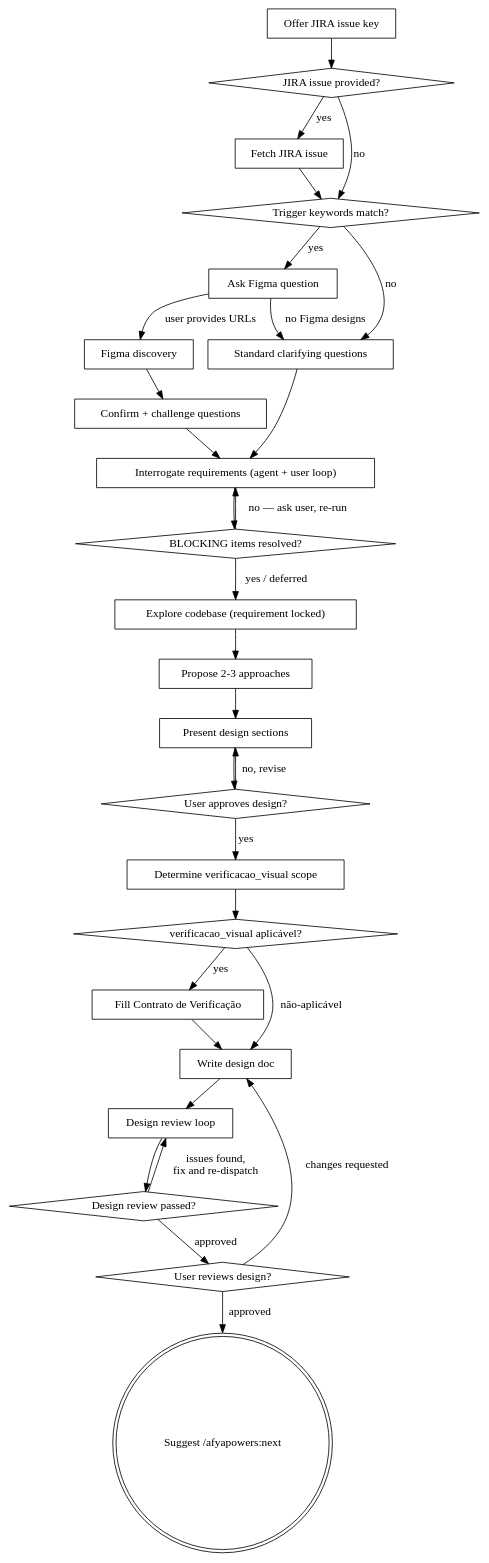
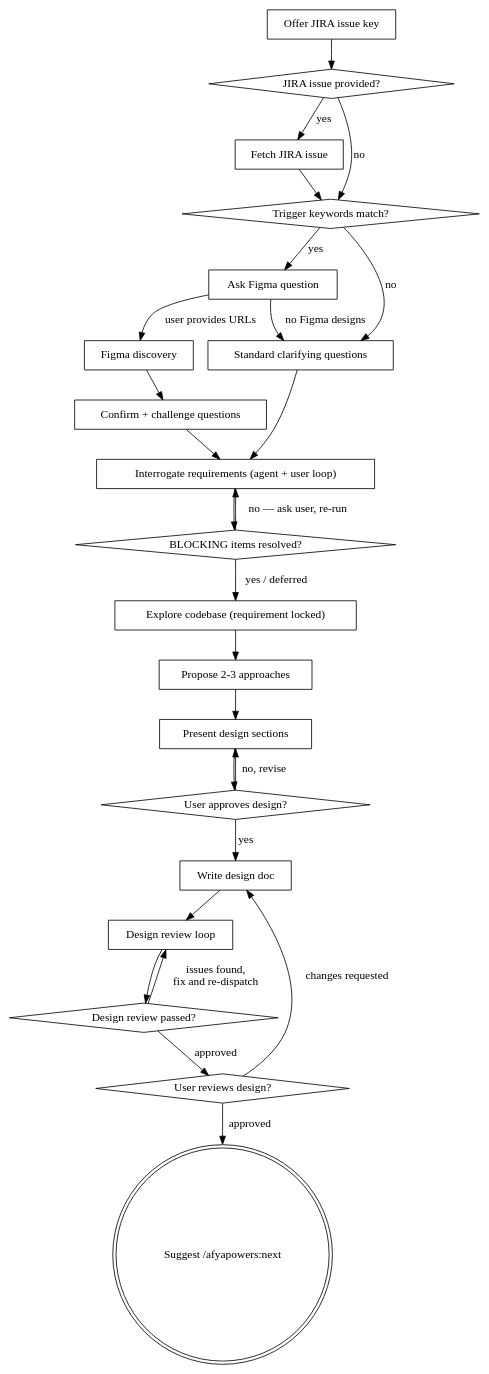
The diagram in dist/claude/skills/design/SKILL.md (iclinic/afyapowers), drawn with Graphviz before and after one commit. The commit also changed other lines of this file and 64 other files, not shown here.

````diff
--- a/dist/claude/skills/design/SKILL.md
+++ b/dist/claude/skills/design/SKILL.md
@@ -54,56 +54,49 @@
 ```dot
 digraph design {
     "Offer JIRA issue key" [shape=box];
     "JIRA issue provided?" [shape=diamond];
     "Fetch JIRA issue" [shape=box];
     "Trigger keywords match?" [shape=diamond];
     "Ask Figma question" [shape=box];
     "Figma discovery" [shape=box];
     "Confirm + challenge questions" [shape=box];
     "Standard clarifying questions" [shape=box];
     "Interrogate requirements (agent + user loop)" [shape=box];
     "BLOCKING items resolved?" [shape=diamond];
     "Explore codebase (requirement locked)" [shape=box];
     "Propose 2-3 approaches" [shape=box];
     "Present design sections" [shape=box];
     "User approves design?" [shape=diamond];
-    "Determine verificacao_visual scope" [shape=box];
-    "verificacao_visual aplicável?" [shape=diamond];
-    "Fill Contrato de Verificação" [shape=box];
     "Write design doc" [shape=box];
     "Design review loop" [shape=box];
     "Design review passed?" [shape=diamond];
     "User reviews design?" [shape=diamond];
     "Suggest /afyapowers:next" [shape=doublecircle];
 
     "Offer JIRA issue key" -> "JIRA issue provided?";
     "JIRA issue provided?" -> "Fetch JIRA issue" [label="yes"];
     "JIRA issue provided?" -> "Trigger keywords match?" [label="no"];
     "Fetch JIRA issue" -> "Trigger keywords match?";
     "Trigger keywords match?" -> "Ask Figma question" [label="yes"];
     "Trigger keywords match?" -> "Standard clarifying questions" [label="no"];
     "Ask Figma question" -> "Figma discovery" [label="user provides URLs"];
     "Ask Figma question" -> "Standard clarifying questions" [label="no Figma designs"];
     "Figma discovery" -> "Confirm + challenge questions";
     "Confirm + challenge questions" -> "Interrogate requirements (agent + user loop)";
     "Standard clarifying questions" -> "Interrogate requirements (agent + user loop)";
     "Interrogate requirements (agent + user loop)" -> "BLOCKING items resolved?";
     "BLOCKING items resolved?" -> "Interrogate requirements (agent + user loop)" [label="no — ask user, re-run"];
     "BLOCKING items resolved?" -> "Explore codebase (requirement locked)" [label="yes / deferred"];
     "Explore codebase (requirement locked)" -> "Propose 2-3 approaches";
     "Propose 2-3 approaches" -> "Present design sections";
     "Present design sections" -> "User approves design?";
     "User approves design?" -> "Present design sections" [label="no, revise"];
-    "User approves design?" -> "Determine verificacao_visual scope" [label="yes"];
-    "Determine verificacao_visual scope" -> "verificacao_visual aplicável?";
-    "verificacao_visual aplicável?" -> "Fill Contrato de Verificação" [label="yes"];
-    "verificacao_visual aplicável?" -> "Write design doc" [label="não-aplicável"];
-    "Fill Contrato de Verificação" -> "Write design doc";
+    "User approves design?" -> "Write design doc" [label="yes"];
     "Write design doc" -> "Design review loop";
     "Design review loop" -> "Design review passed?";
     "Design review passed?" -> "Design review loop" [label="issues found,\nfix and re-dispatch"];
     "Design review passed?" -> "User reviews design?" [label="approved"];
     "User reviews design?" -> "Write design doc" [label="changes requested"];
     "User reviews design?" -> "Suggest /afyapowers:next" [label="approved"];
 }
 ```
````
